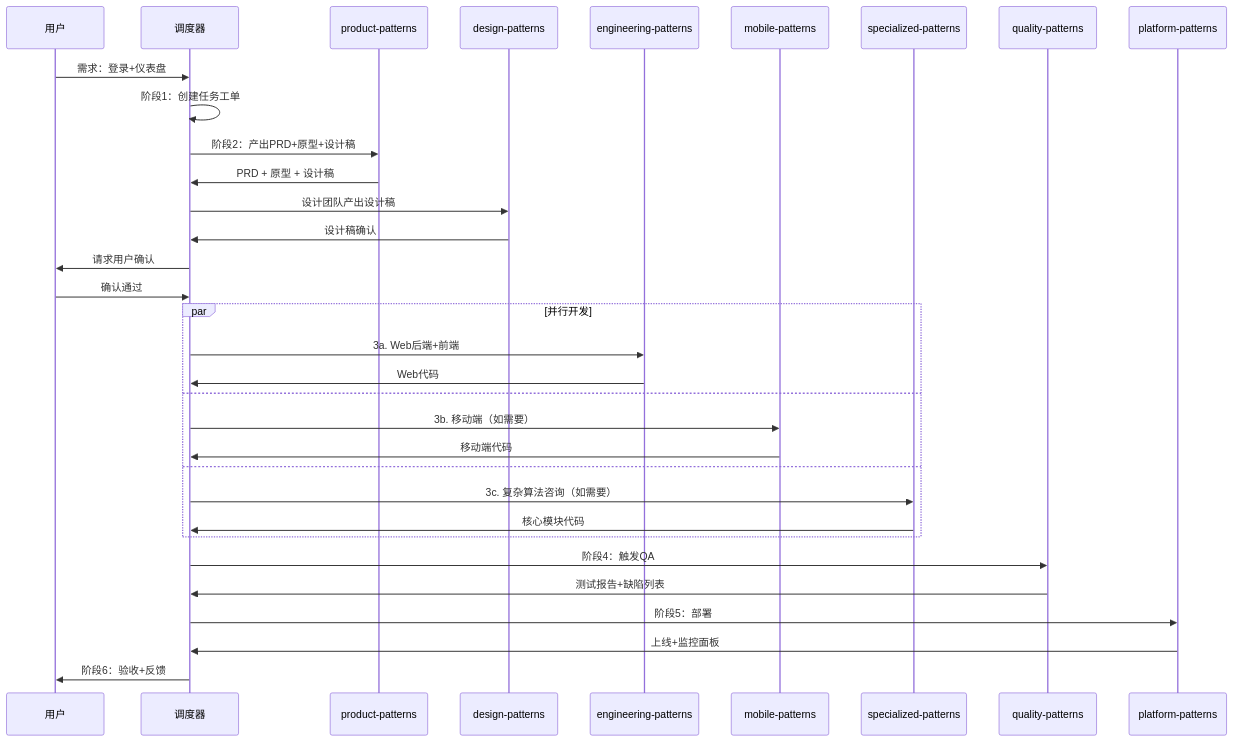
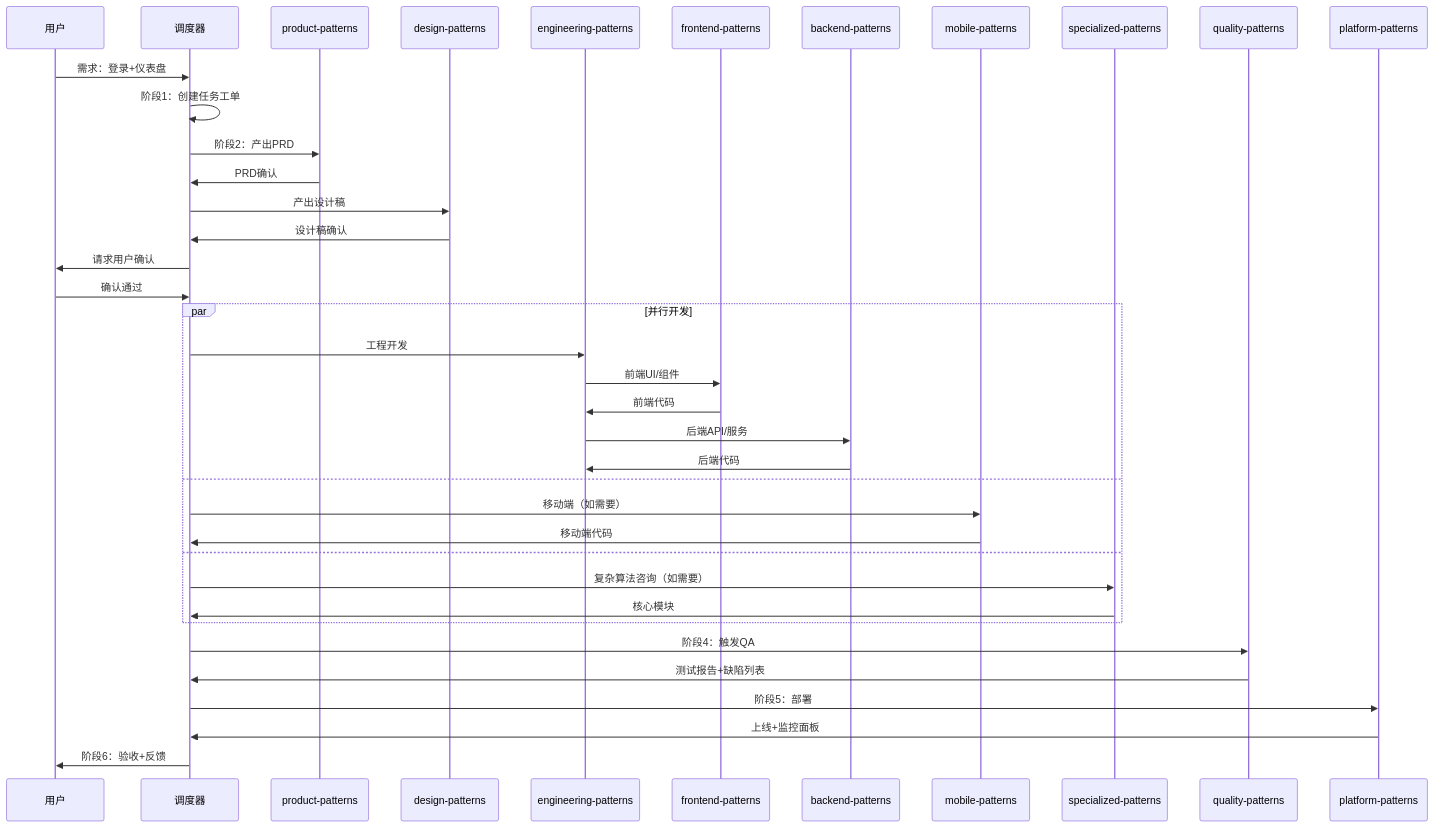
One commit to Tooooommy/Trae-Workflow changed the third of 3 diagrams in agents/orchestrator.md. Above: the diagram before and after it, drawn with Mermaid. The commit also changed other lines of this file and 1 other file, not shown here.

First line of the commit message:
refactor: 合并 engineering-patterns 至 orchestrator

````diff
--- a/agents/orchestrator.md
+++ b/agents/orchestrator.md
@@ -254,36 +298,41 @@
 ```mermaid
 sequenceDiagram
     participant U as 用户
     participant O as 调度器
     participant P as product-patterns
     participant D as design-patterns
-    participant E as engineering-patterns
+    participant Eng as engineering-patterns
+    participant FE as frontend-patterns
+    participant BE as backend-patterns
     participant M as mobile-patterns
     participant S as specialized-patterns
     participant Q as quality-patterns
     participant Ops as platform-patterns
 
     U->>O: 需求：登录+仪表盘
     O->>O: 阶段1：创建任务工单
-    O->>P: 阶段2：产出PRD+原型+设计稿
-    P->>O: PRD + 原型 + 设计稿
-    O->>D: 设计团队产出设计稿
+    O->>P: 阶段2：产出PRD
+    P->>O: PRD确认
+    O->>D: 产出设计稿
     D->>O: 设计稿确认
     O->>U: 请求用户确认
     U->>O: 确认通过
     par 并行开发
-        O->>E: 3a. Web后端+前端
-        E->>O: Web代码
+        O->>Eng: 工程开发
+        Eng->>FE: 前端UI/组件
+        FE->>Eng: 前端代码
+        Eng->>BE: 后端API/服务
+        BE->>Eng: 后端代码
     and
-        O->>M: 3b. 移动端（如需要）
+        O->>M: 移动端（如需要）
         M->>O: 移动端代码
     and
-        O->>S: 3c. 复杂算法咨询（如需要）
-        S->>O: 核心模块代码
+        O->>S: 复杂算法咨询（如需要）
+        S->>O: 核心模块
     end
     O->>Q: 阶段4：触发QA
     Q->>O: 测试报告+缺陷列表
     O->>Ops: 阶段5：部署
     Ops->>O: 上线+监控面板
     O->>U: 阶段6：验收+反馈
 ```
````
